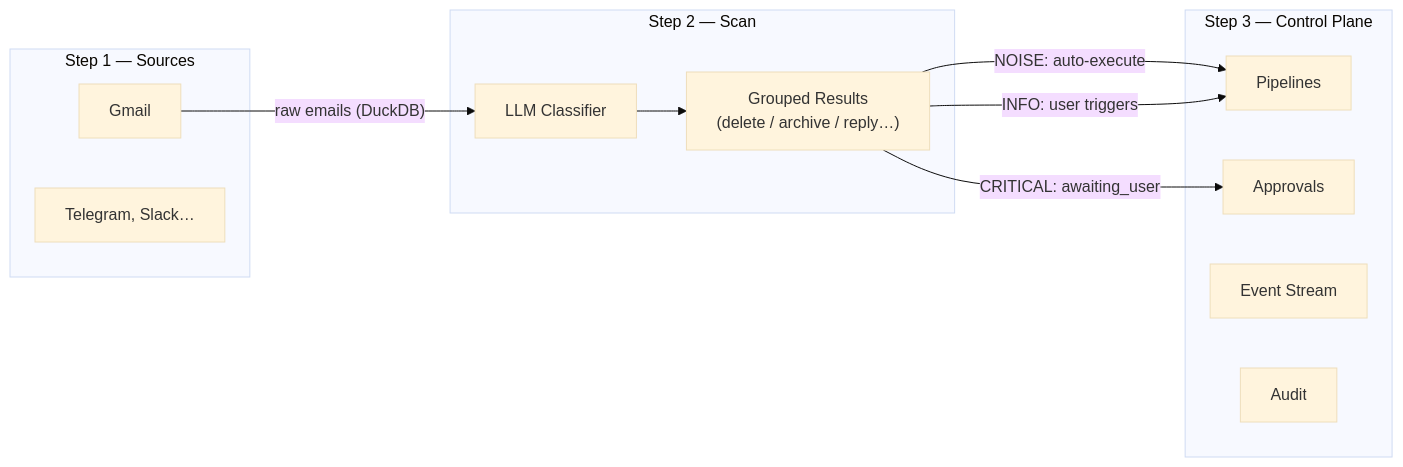
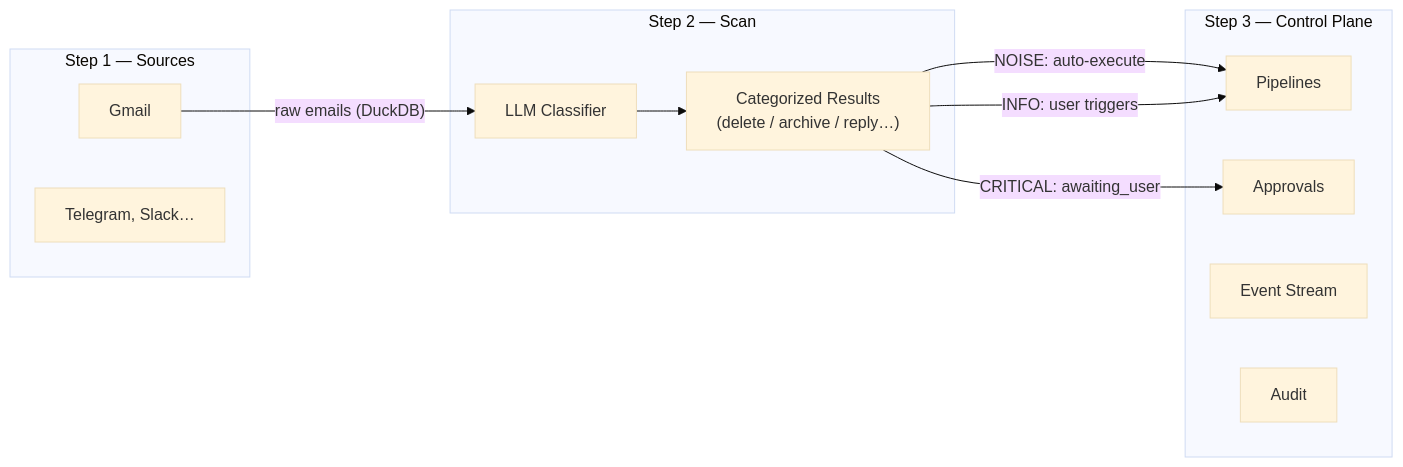
Before and after one commit to cypherkitty/me-ai: the diagram in .cursor/rules/architecture.md, drawn with Mermaid (base theme). The commit also changed other lines of this file and 20 other files, not shown here.

````diff
--- a/.cursor/rules/architecture.md
+++ b/.cursor/rules/architecture.md
@@ -15,23 +15,23 @@
 ```mermaid
 flowchart LR
     subgraph step1 [Step 1 — Sources]
         Gmail
         Future["Telegram, Slack…"]
     end
     subgraph step2 [Step 2 — Scan]
         LLM["LLM Classifier"]
-        Results["Grouped Results\n(delete / archive / reply…)"]
+        Results["Categorized Results\n(delete / archive / reply…)"]
     end
     subgraph step3 [Step 3 — Control Plane]
         Pipelines
         Approvals
         EventStream["Event Stream"]
         Audit
     end
 
     Gmail -->|"raw emails (DuckDB)"| LLM
     LLM --> Results
     Results -->|"NOISE: auto-execute"| Pipelines
     Results -->|"INFO: user triggers"| Pipelines
     Results -->|"CRITICAL: awaiting_user"| Approvals
 ```
````
